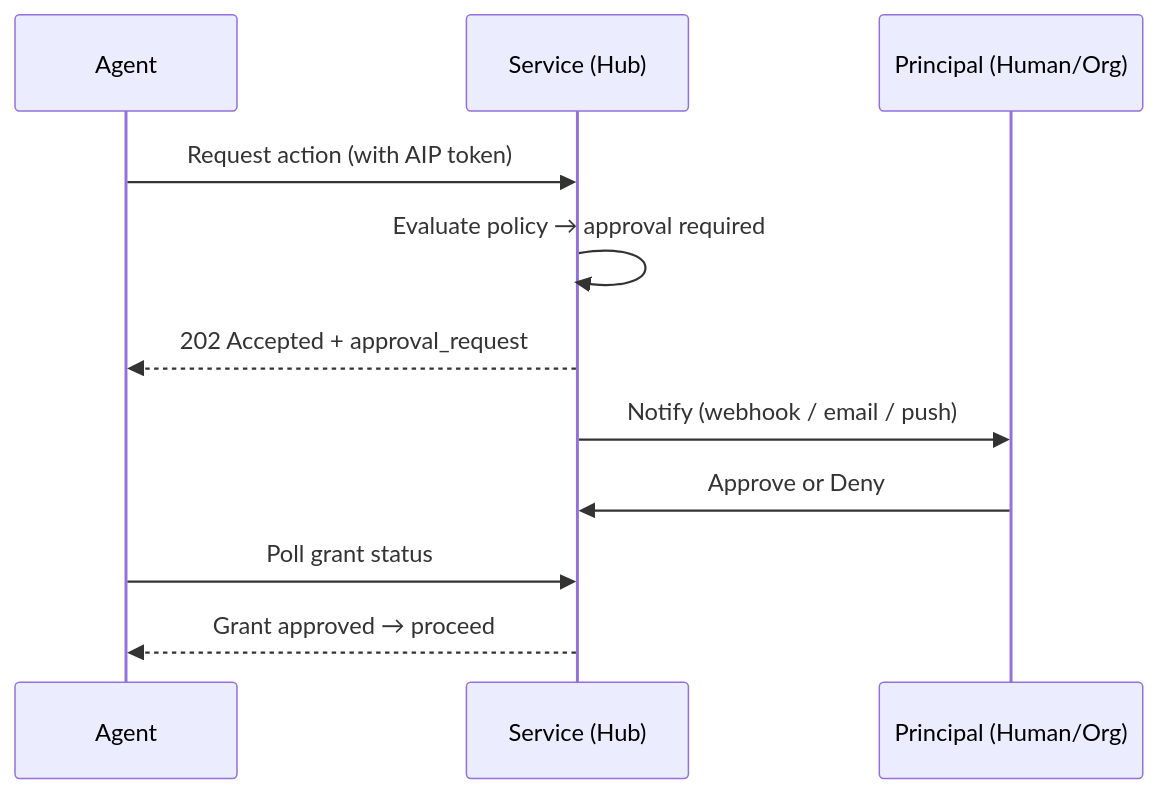
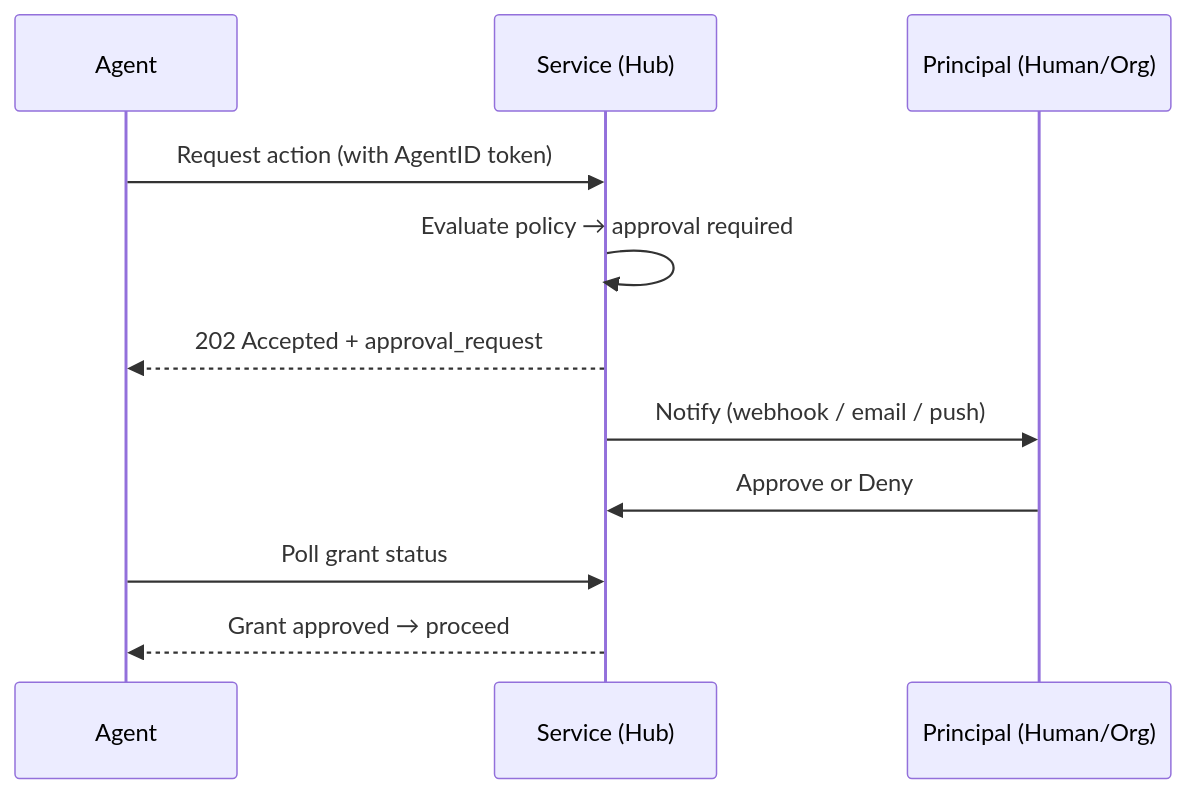
One commit to agentscope-ai/agent-identity changed the ninth of 14 diagrams in design/2026-03-25-agentid.en.md. Above: the diagram before and after it, drawn with Mermaid. The commit also changed other lines of this file and 10 other files, not shown here.

````diff
--- a/design/2026-03-25-agentid.en.md
+++ b/design/2026-03-25-agentid.en.md
@@ -633,14 +633,14 @@
 ```mermaid
 sequenceDiagram
     participant Agent
     participant Hub as Service (Hub)
     participant Principal as Principal (Human/Org)
 
-    Agent->>Hub: Request action (with AIP token)
+    Agent->>Hub: Request action (with AgentID token)
     Hub->>Hub: Evaluate policy → approval required
     Hub-->>Agent: 202 Accepted + approval_request
     Hub->>Principal: Notify (webhook / email / push)
     Principal->>Hub: Approve or Deny
     Agent->>Hub: Poll grant status
     Hub-->>Agent: Grant approved → proceed
 ```
````
